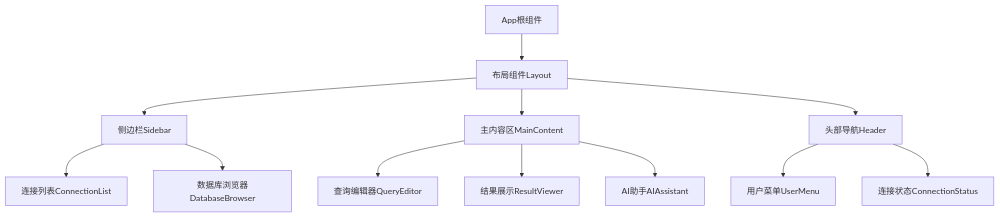
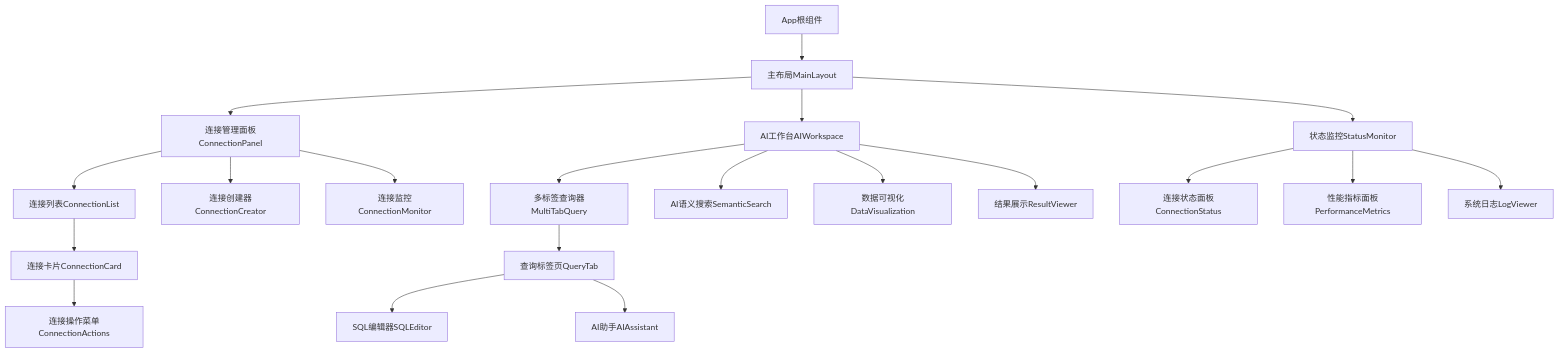
Before and after one commit to niklaslc512/AI-Database-Tool: the fourth of 8 diagrams in .qoder/quests/ai-database-manager.md, drawn with Mermaid. The commit also changed other lines of this file and 26 other files, not shown here.

````diff
--- a/.qoder/quests/ai-database-manager.md
+++ b/.qoder/quests/ai-database-manager.md
@@ -194,17 +298,27 @@
 ```mermaid
 graph TD
-    A[App根组件] --> B[布局组件Layout]
-    B --> C[侧边栏Sidebar]
-    B --> D[主内容区MainContent]
-    B --> E[头部导航Header]
+    A[App根组件] --> B[主布局MainLayout]
+    B --> C[连接管理面板ConnectionPanel]
+    B --> D[AI工作台AIWorkspace]
+    B --> E[状态监控StatusMonitor]
     
     C --> F[连接列表ConnectionList]
-    C --> G[数据库浏览器DatabaseBrowser]
+    C --> G[连接创建器ConnectionCreator]
+    C --> H[连接监控ConnectionMonitor]
     
-    D --> H[查询编辑器QueryEditor]
-    D --> I[结果展示ResultViewer]
-    D --> J[AI助手AIAssistant]
+    D --> I[多标签查询器MultiTabQuery]
+    D --> J[AI语义搜索SemanticSearch]
+    D --> K[数据可视化DataVisualization]
+    D --> L[结果展示ResultViewer]
     
-    E --> K[用户菜单UserMenu]
-    E --> L[连接状态ConnectionStatus]
+    E --> M[连接状态面板ConnectionStatus]
+    E --> N[性能指标面板PerformanceMetrics]
+    E --> O[系统日志LogViewer]
+    
+    F --> P[连接卡片ConnectionCard]
+    P --> Q[连接操作菜单ConnectionActions]
+    
+    I --> R[查询标签页QueryTab]
+    R --> S[SQL编辑器SQLEditor]
+    R --> T[AI助手AIAssistant]
 ```
````
